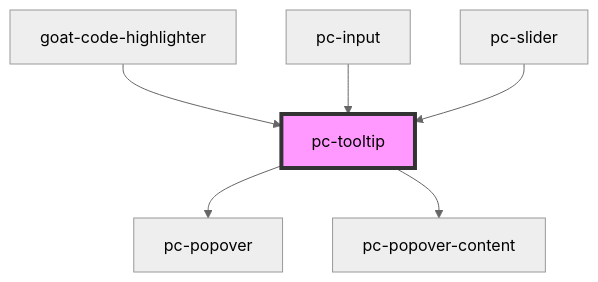
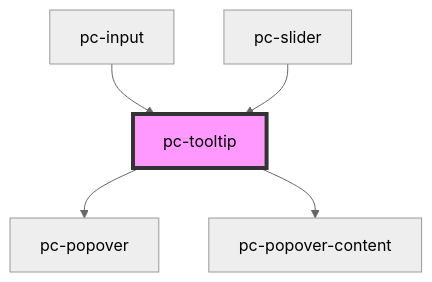
Before and after one commit to redvars/peacock: the diagram in src/components/tooltip/readme.md, drawn with Mermaid (neutral theme). The commit also changed other lines of this file and 89 other files, not shown here.

````diff
--- a/src/components/tooltip/readme.md
+++ b/src/components/tooltip/readme.md
@@ -31,9 +30,8 @@
 ```mermaid
 graph TD;
   pc-tooltip --> pc-popover
   pc-tooltip --> pc-popover-content
-  goat-code-highlighter --> pc-tooltip
   pc-input --> pc-tooltip
   pc-slider --> pc-tooltip
   style pc-tooltip fill:#f9f,stroke:#333,stroke-width:4px
 ```
````
